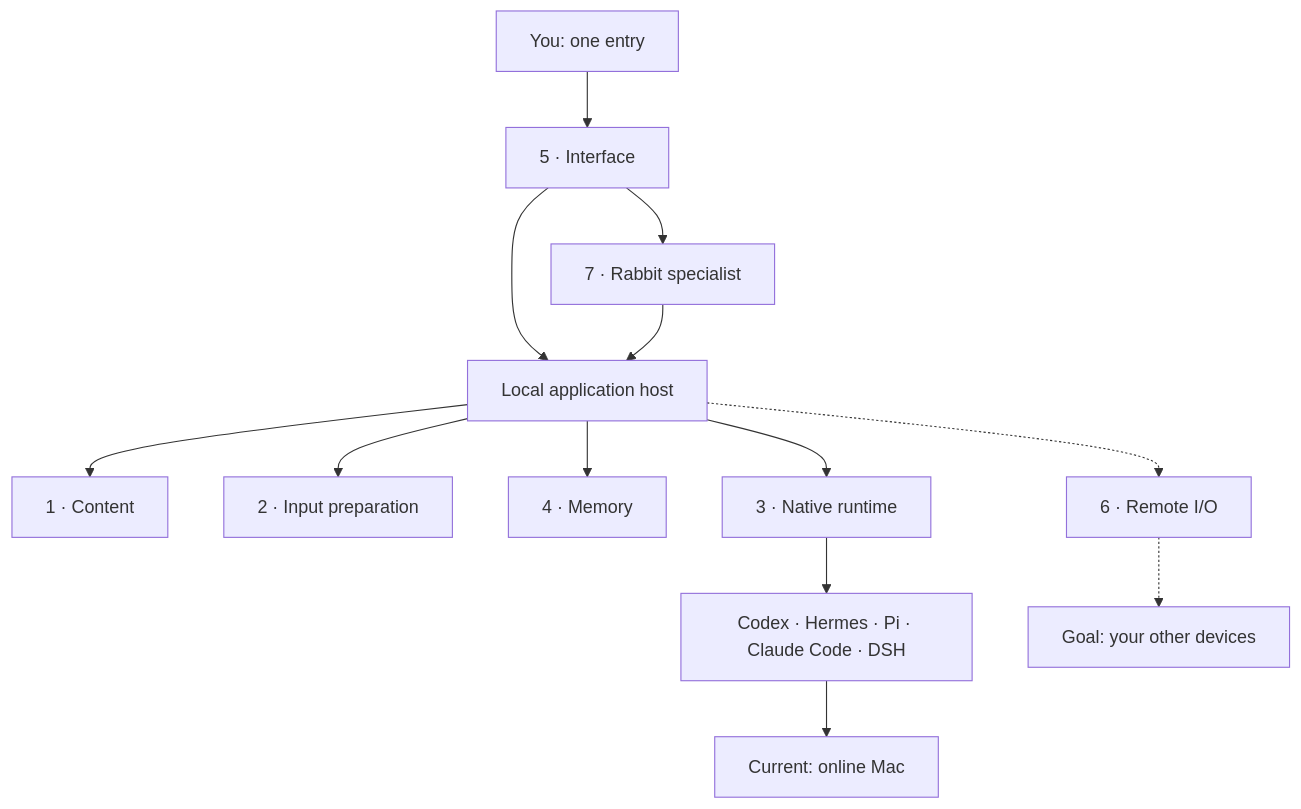
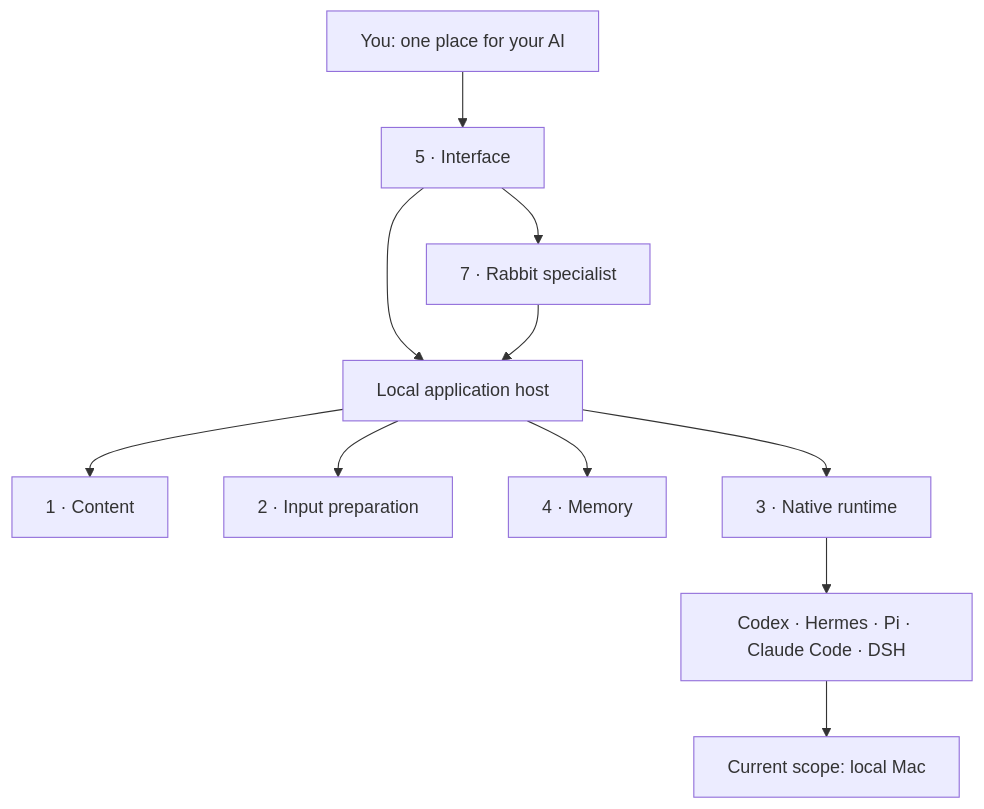
One commit to icecinz/white-rabbit changed the diagram in README.md. Above: the diagram before and after it, drawn with Mermaid. The commit also changed other lines of this file and 62 other files, not shown here.

````diff
--- a/README.md
+++ b/README.md
@@ -44,15 +52,13 @@
 ```mermaid
 flowchart TD
-    YOU["You: one entry"] --> UI["5 · Interface"]
+    YOU["You: one place for your AI"] --> UI["5 · Interface"]
     UI --> HOST["Local application host"]
     UI --> SPECIALIST["7 · Rabbit specialist"]
     SPECIALIST --> HOST
     HOST --> CONTENT["1 · Content"]
     HOST --> PREP["2 · Input preparation"]
     HOST --> MEMORY["4 · Memory"]
     HOST --> RUNTIME["3 · Native runtime"]
     RUNTIME --> AGENTS["Codex · Hermes · Pi · Claude Code · DSH"]
-    AGENTS --> MAC["Current: online Mac"]
-    HOST -.-> REMOTE["6 · Remote I/O"]
-    REMOTE -.-> DEVICES["Goal: your other devices"]
+    AGENTS --> MAC["Current scope: local Mac"]
 ```
````
